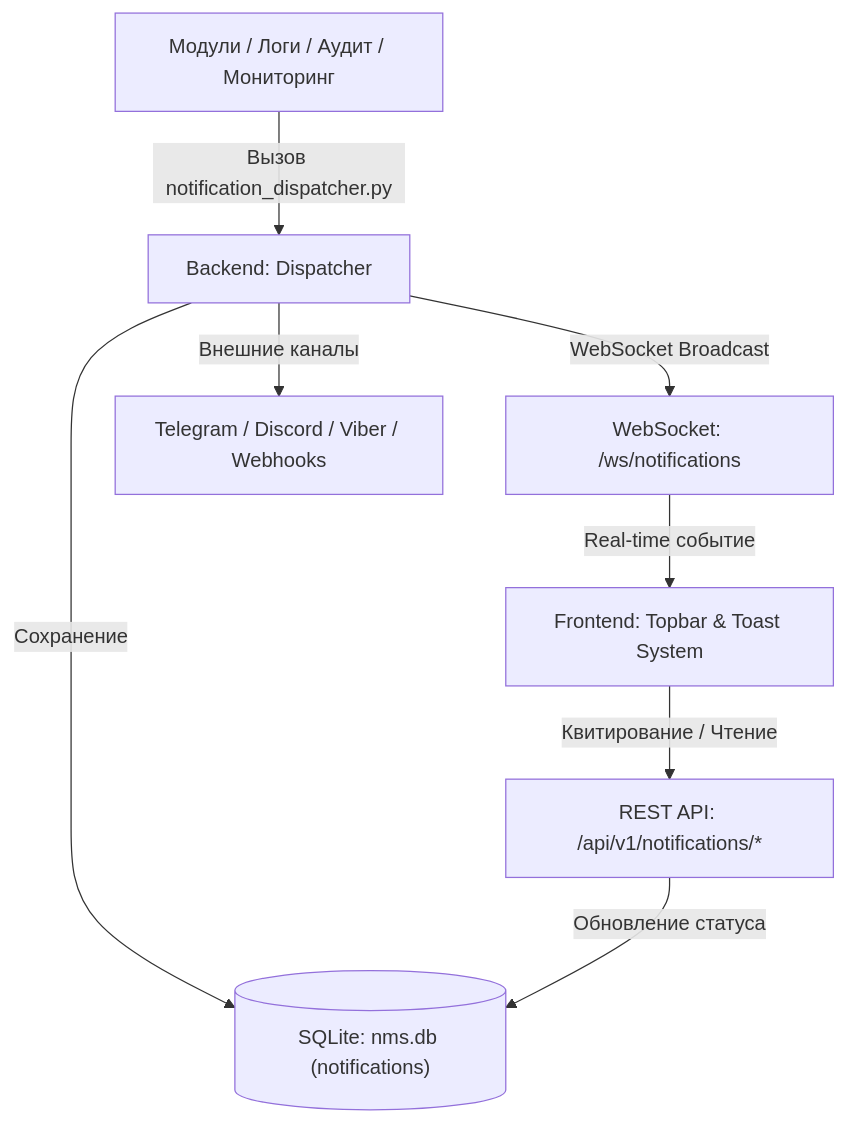
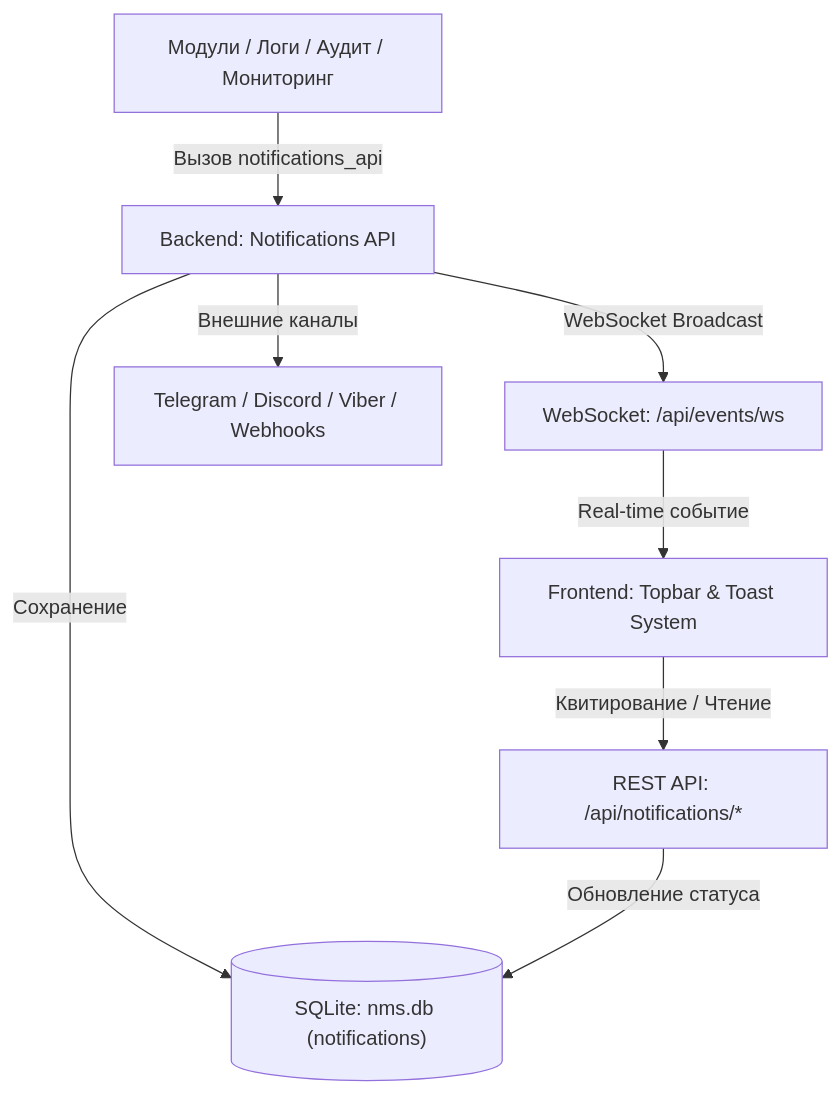
Before and after one commit to Apofixc/nms-webui: the diagram in docs/wiki/02-usage/11-notifications-and-alerts.md, drawn with Mermaid. The commit also changed other lines of this file and 21 other files, not shown here.

````diff
--- a/docs/wiki/02-usage/11-notifications-and-alerts.md
+++ b/docs/wiki/02-usage/11-notifications-and-alerts.md
@@ -83,10 +83,10 @@
 ```mermaid
 graph TD
-    Subsystems["Модули / Логи / Аудит / Мониторинг"] -->|Вызов notification_dispatcher.py| Dispatcher["Backend: Dispatcher"]
+    Subsystems["Модули / Логи / Аудит / Мониторинг"] -->|Вызов notifications_api| Dispatcher["Backend: Notifications API"]
     Dispatcher -->|Сохранение| DB[("SQLite: nms.db (notifications)")]
-    Dispatcher -->|WebSocket Broadcast| WS["WebSocket: /ws/notifications"]
+    Dispatcher -->|WebSocket Broadcast| WS["WebSocket: /api/events/ws"]
     Dispatcher -->|Внешние каналы| External["Telegram / Discord / Viber / Webhooks"]
     WS -->|Real-time событие| UI["Frontend: Topbar & Toast System"]
-    UI -->|Квитирование / Чтение| API["REST API: /api/v1/notifications/*"]
+    UI -->|Квитирование / Чтение| API["REST API: /api/notifications/*"]
     API -->|Обновление статуса| DB
 ```
````
